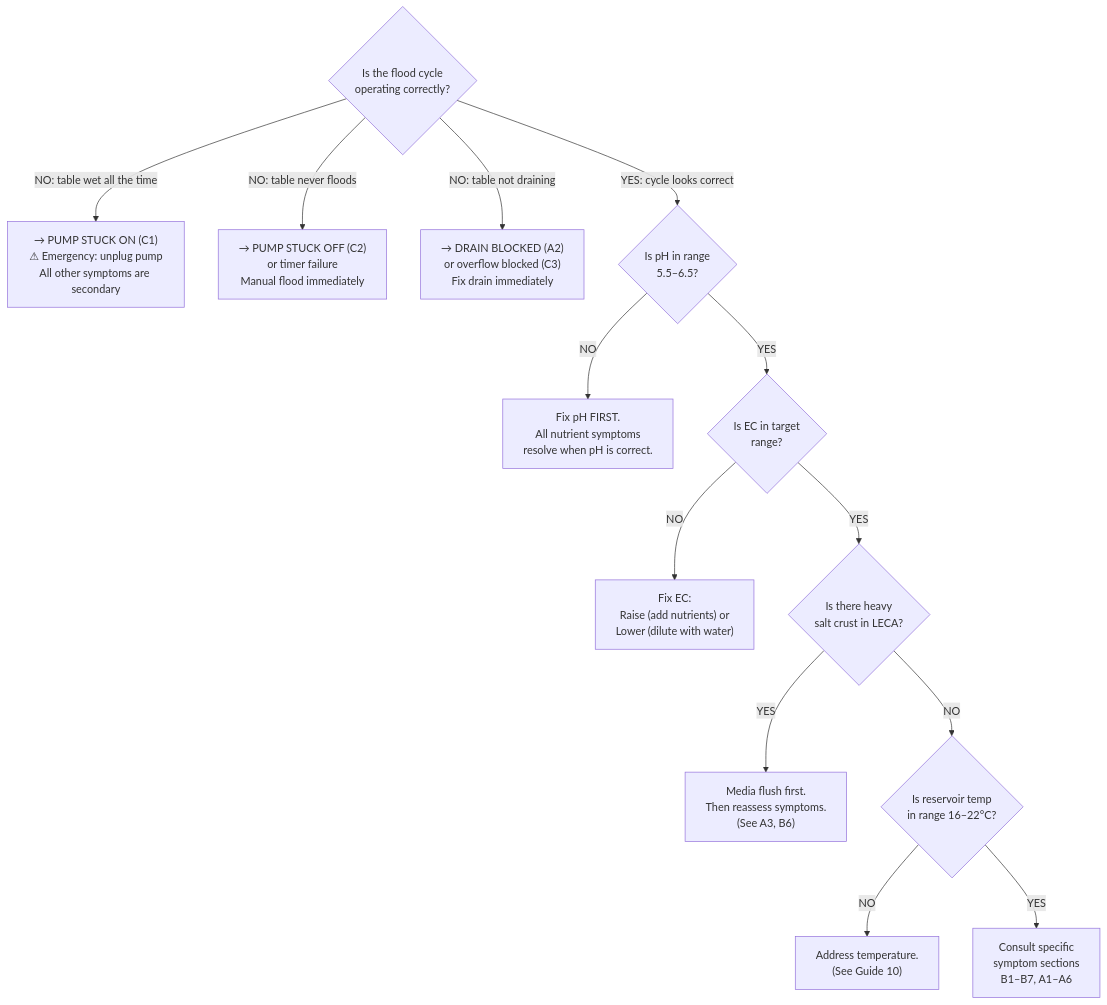
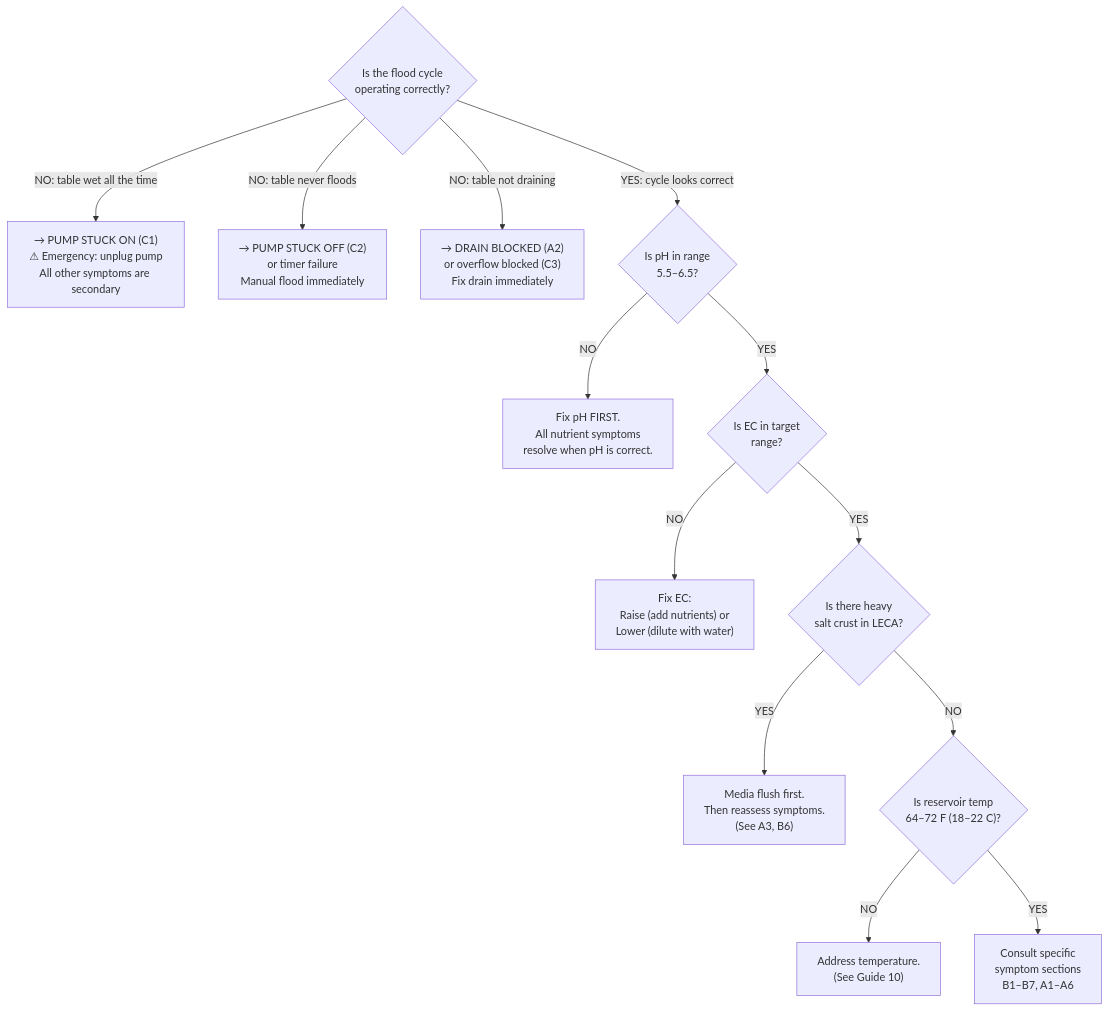
Before and after one commit to UncleJS/guide_hydroponics: the first of 2 diagrams in guide/ebb-and-flow/09-troubleshooting.md, drawn with Mermaid. The commit also changed other lines of this file and 35 other files, not shown here.

````diff
--- a/guide/ebb-and-flow/09-troubleshooting.md
+++ b/guide/ebb-and-flow/09-troubleshooting.md
@@ -820,16 +845,16 @@
 ```mermaid
 flowchart TD
     Q1{"Is the flood cycle<br/>operating correctly?"}
     Q1 -->|NO: table wet all the time| C1A["→ PUMP STUCK ON (C1)<br/>⚠ Emergency: unplug pump<br/>All other symptoms are secondary"]
     Q1 -->|NO: table never floods| C2A["→ PUMP STUCK OFF (C2)<br/>or timer failure<br/>Manual flood immediately"]
     Q1 -->|NO: table not draining| C3A["→ DRAIN BLOCKED (A2)<br/>or overflow blocked (C3)<br/>Fix drain immediately"]
     Q1 -->|YES: cycle looks correct| Q2{"Is pH in range<br/>5.5–6.5?"}
     Q2 -->|NO| pH_fix["Fix pH FIRST.<br/>All nutrient symptoms<br/>resolve when pH is correct."]
     Q2 -->|YES| Q3{"Is EC in target<br/>range?"}
     Q3 -->|NO| EC_fix["Fix EC:<br/>Raise (add nutrients) or<br/>Lower (dilute with water)"]
     Q3 -->|YES| Q4{"Is there heavy<br/>salt crust in LECA?"}
     Q4 -->|YES| salt_fix["Media flush first.<br/>Then reassess symptoms.<br/>(See A3, B6)"]
-    Q4 -->|NO| Q5{"Is reservoir temp<br/>in range 16–22°C?"}
+    Q4 -->|NO| Q5{"Is reservoir temp<br/>64–72 F (18–22 C)?"}
     Q5 -->|NO| temp_fix["Address temperature.<br/>(See Guide 10)"]
     Q5 -->|YES| specific["Consult specific<br/>symptom sections<br/>B1–B7, A1–A6"]
 ```
````
